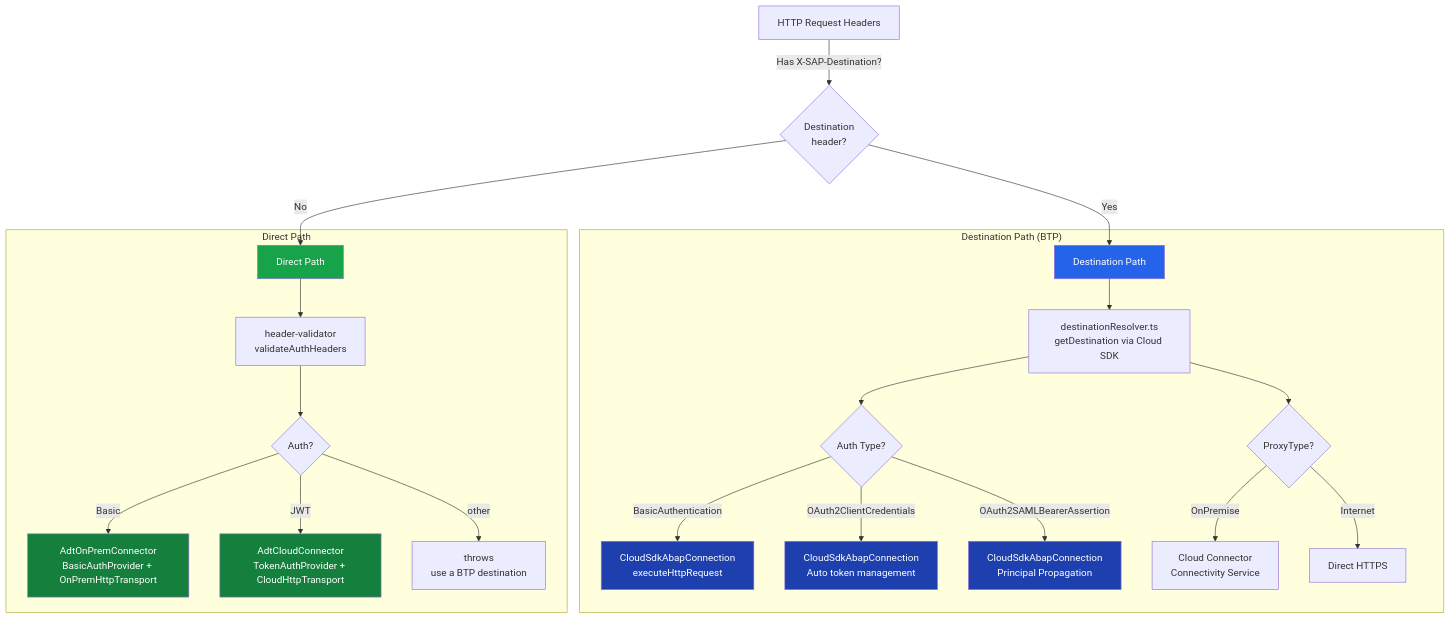
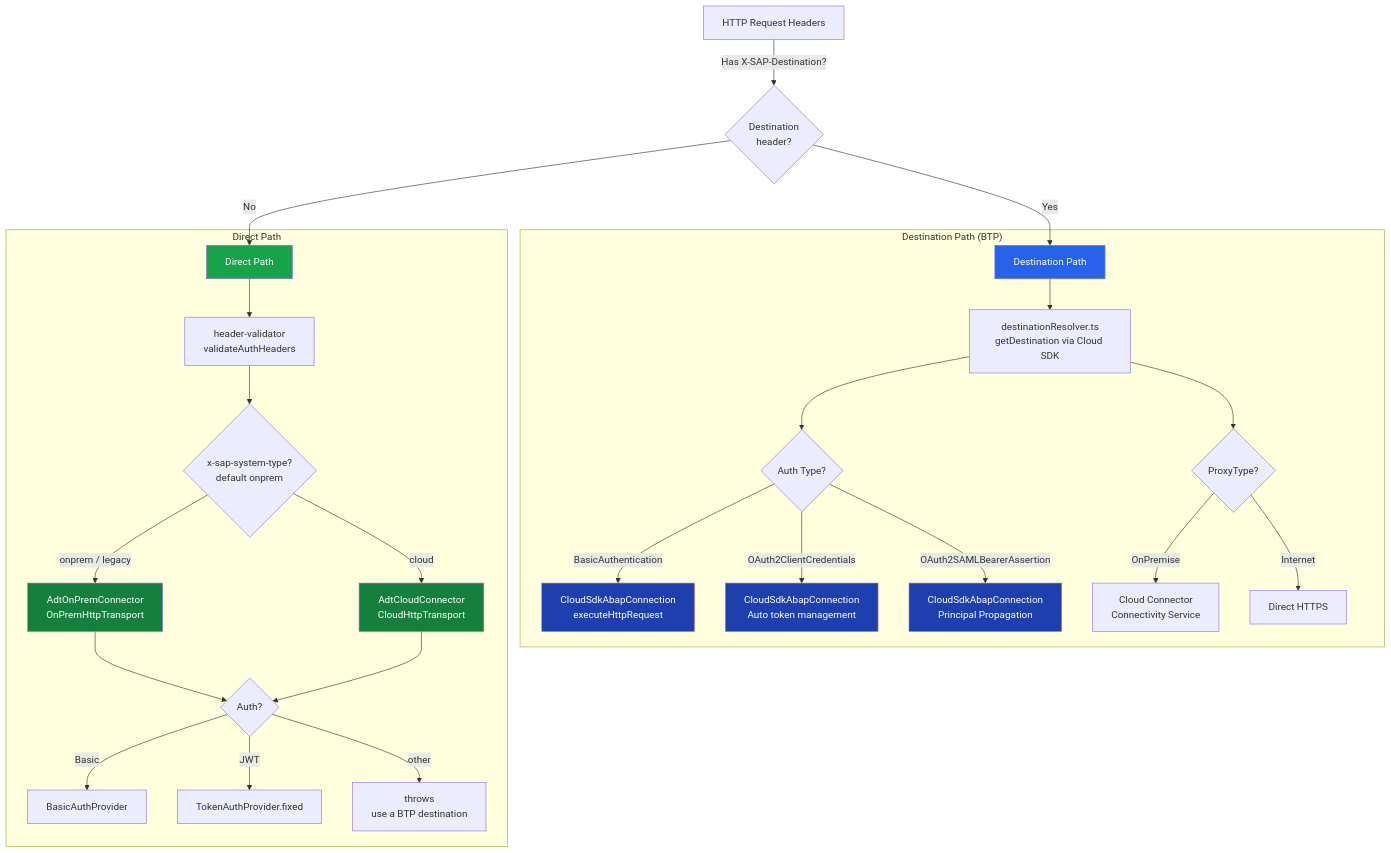
Diagram 15 of 24 in docs/architecture/ARCHITECTURE.md (fr0ster/cloud-llm-hub), drawn with Mermaid before and after one commit. The commit also changed other lines of this file and 48 other files, not shown here.

First line of the commit message:
feat!: @mcp-abap-adt/lib 16 / connection 10 — declared system type, responsible, session teardown (#5)

````diff
--- a/docs/architecture/ARCHITECTURE.md
+++ b/docs/architecture/ARCHITECTURE.md
@@ -857,39 +858,43 @@
 ```mermaid
 graph TB
     REQ[HTTP Request Headers]
 
     REQ -->|"Has X-SAP-Destination?"| CHECK{Destination<br/>header?}
 
     CHECK -->|Yes| DEST_PATH["Destination Path"]
     CHECK -->|No| DIRECT_PATH["Direct Path"]
 
     subgraph "Destination Path (BTP)"
         DEST_PATH --> DR[destinationResolver.ts<br/>getDestination via Cloud SDK]
         DR --> AUTH_CHECK{Auth Type?}
 
         AUTH_CHECK -->|BasicAuthentication| CLOUD_SDK1[CloudSdkAbapConnection<br/>executeHttpRequest]
         AUTH_CHECK -->|OAuth2ClientCredentials| CLOUD_SDK2[CloudSdkAbapConnection<br/>Auto token management]
         AUTH_CHECK -->|OAuth2SAMLBearerAssertion| CLOUD_SDK3[CloudSdkAbapConnection<br/>Principal Propagation]
 
         DR --> PROXY_CHECK{ProxyType?}
         PROXY_CHECK -->|OnPremise| ONPREM[Cloud Connector<br/>Connectivity Service]
         PROXY_CHECK -->|Internet| INTERNET[Direct HTTPS]
     end
 
     subgraph "Direct Path"
         DIRECT_PATH --> HV[header-validator<br/>validateAuthHeaders]
-        HV --> DIRECT_AUTH{Auth?}
+        HV --> DIRECT_KIND{x-sap-system-type?<br/>default onprem}
 
-        DIRECT_AUTH -->|Basic| BASIC_CONN[AdtOnPremConnector<br/>BasicAuthProvider + OnPremHttpTransport]
-        DIRECT_AUTH -->|JWT| JWT_CONN[AdtCloudConnector<br/>TokenAuthProvider + CloudHttpTransport]
-        DIRECT_AUTH -->|other| NO_CONN[throws<br/>use a BTP destination]
+        DIRECT_KIND -->|onprem / legacy| BASIC_CONN[AdtOnPremConnector<br/>OnPremHttpTransport]
+        DIRECT_KIND -->|cloud| JWT_CONN[AdtCloudConnector<br/>CloudHttpTransport]
+        BASIC_CONN --> CRED{Auth?}
+        JWT_CONN --> CRED
+        CRED -->|Basic| BASIC_CRED[BasicAuthProvider]
+        CRED -->|JWT| JWT_CRED[TokenAuthProvider.fixed]
+        CRED -->|other| NO_CONN[throws<br/>use a BTP destination]
     end
 
     style DEST_PATH fill:#2563eb,color:#fff
     style DIRECT_PATH fill:#16a34a,color:#fff
     style CLOUD_SDK1 fill:#1e40af,color:#fff
     style CLOUD_SDK2 fill:#1e40af,color:#fff
     style CLOUD_SDK3 fill:#1e40af,color:#fff
     style BASIC_CONN fill:#15803d,color:#fff
     style JWT_CONN fill:#15803d,color:#fff
 ```
````
